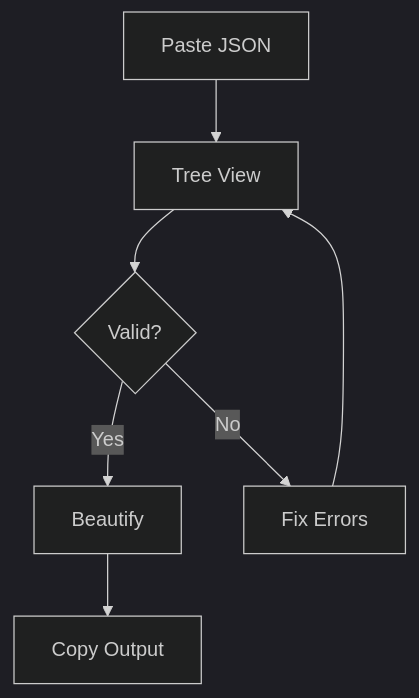
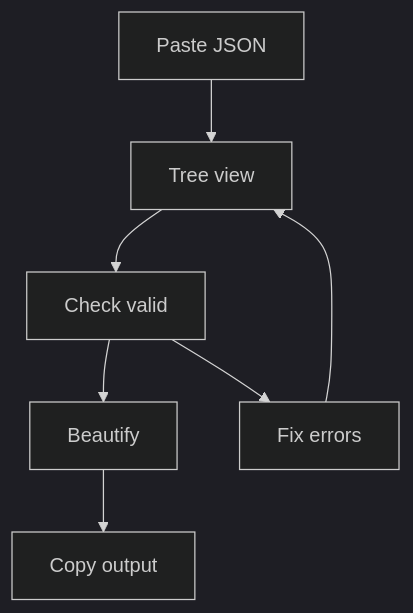
Before and after one commit to documentation-ai-managed/docs-jsonviewer-ai-documentation: the diagram in introduction.mdx, drawn with Mermaid (dark theme). The commit also changed other lines of this file and 3 other files, not shown here.

````diff
--- a/introduction.mdx
+++ b/introduction.mdx
@@ -117,9 +173,9 @@
 ```mermaid
 graph TD
-    A[Paste JSON] --> B[Tree View]
-    B --> C{Valid?}
-    C -- Yes --> D[Beautify]
-    C -- No --> E[Fix Errors]
+    A[Paste JSON] --> B[Tree view]
+    B --> C[Check valid]
+    C --> D[Beautify]
+    C --> E[Fix errors]
     E --> B
-    D --> F[Copy Output]
+    D --> F[Copy output]
 ```
````
